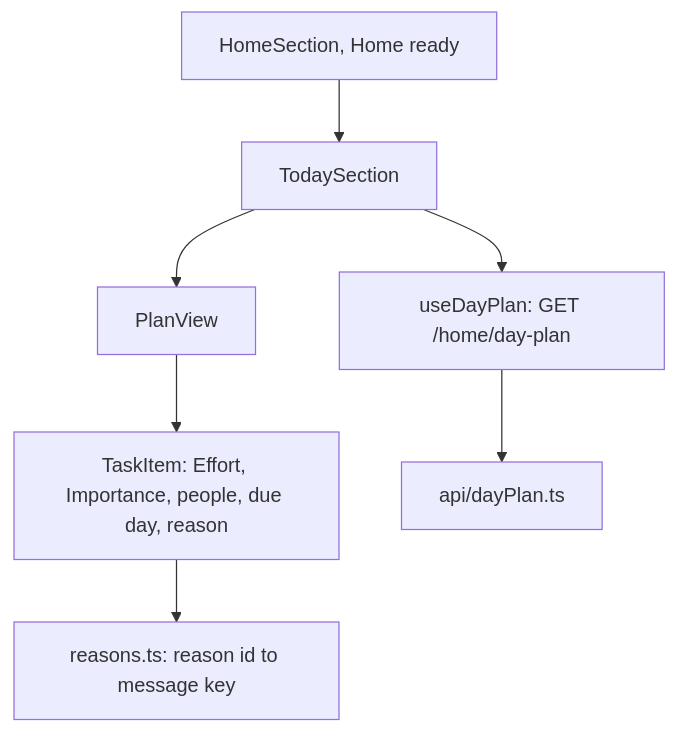
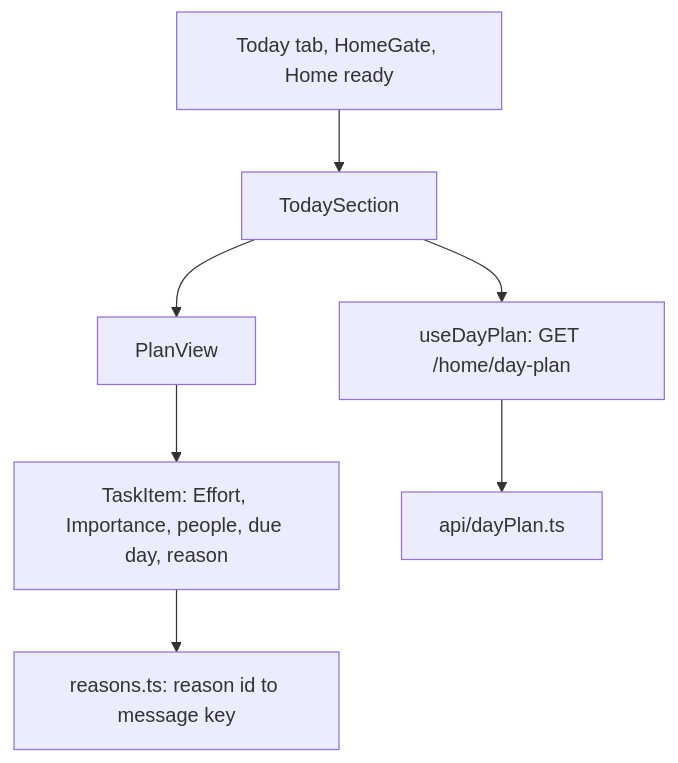
One commit to AbnerWillclefy/Homeowner changed the eighth of 10 diagrams in docs/architecture/web.md. Above: the diagram before and after it, drawn with Mermaid. The commit also changed other lines of this file and 3 other files, not shown here.

Commit message:
docs(architecture): describe the router, shell and route guard

````diff
--- a/docs/architecture/web.md
+++ b/docs/architecture/web.md
@@ -259,9 +295,9 @@
 ```mermaid
 flowchart TD
-    HS[HomeSection, Home ready] --> TS[TodaySection]
+    HS[Today tab, HomeGate, Home ready] --> TS[TodaySection]
     TS --> UD[useDayPlan: GET /home/day-plan]
     TS --> PV[PlanView]
     PV --> TI[TaskItem: Effort, Importance, people, due day, reason]
     TI --> R[reasons.ts: reason id to message key]
     UD --> API[api/dayPlan.ts]
 ```
````
